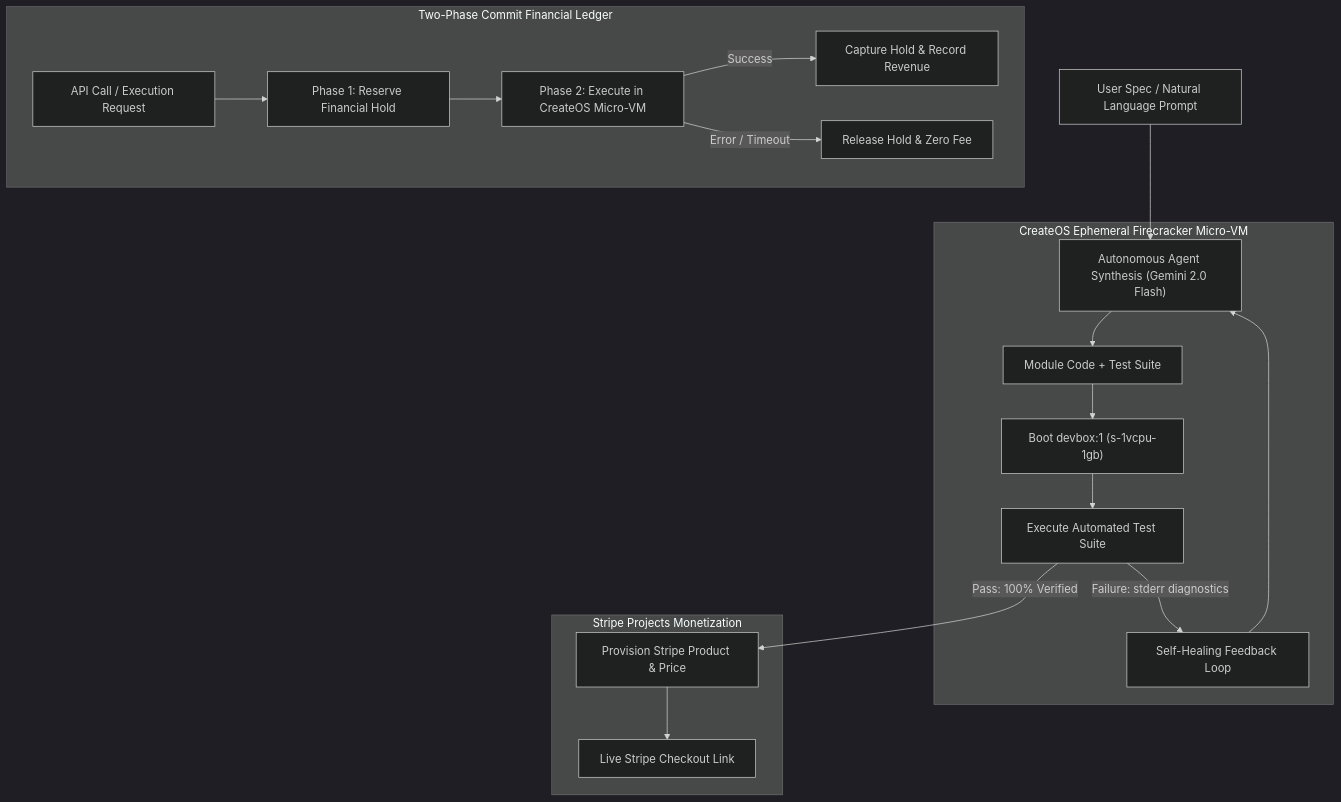
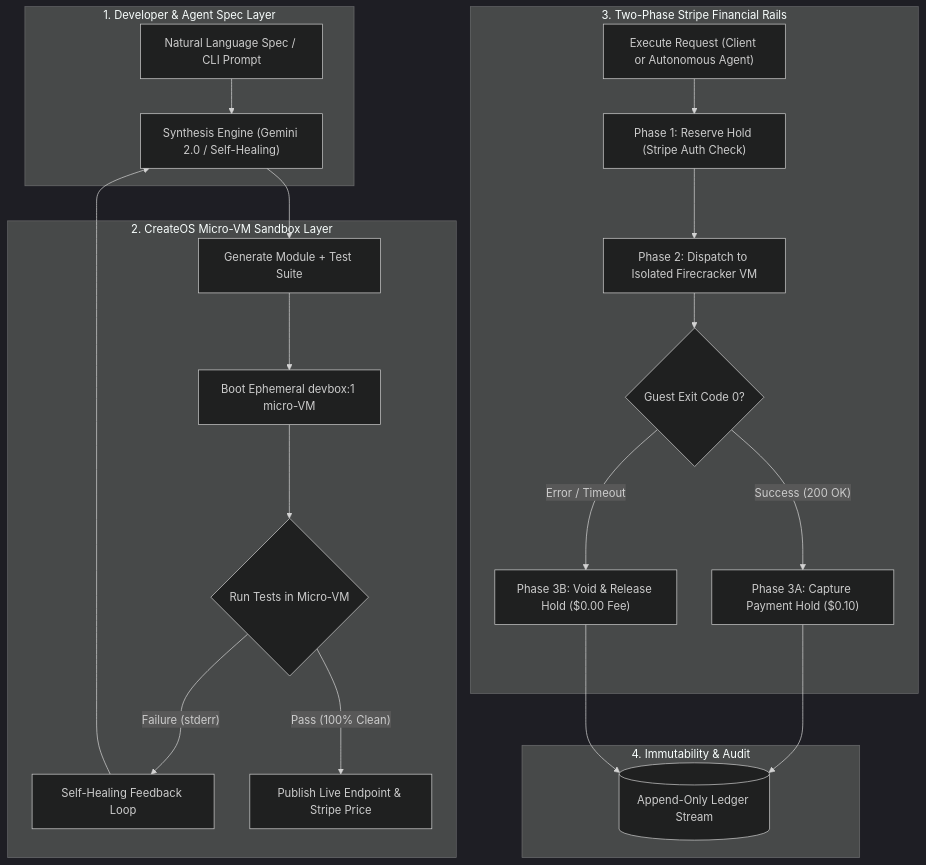
One commit to southenempire/southen-microforge changed the diagram in README.md. Above: the diagram before and after it, drawn with Mermaid (dark theme). The commit also changed other lines of this file and 7 other files, not shown here.

Commit message:
feat(hackathon): complete full app test suite, Privy social auth, dynamic docs switcher, and hackathon compliance documentation

````diff
--- a/README.md
+++ b/README.md
@@ -29,24 +46,28 @@
 ```mermaid
 flowchart TD
-    User["User Spec / Natural Language Prompt"] --> Agent["Autonomous Agent Synthesis (Gemini 2.0 Flash)"]
-    
-    subgraph Sandbox["CreateOS Ephemeral Firecracker Micro-VM"]
-        Agent --> CodeGen["Module Code + Test Suite"]
-        CodeGen --> VM["Boot devbox:1 (s-1vcpu-1gb)"]
-        VM --> RunTests["Execute Automated Test Suite"]
-        RunTests -->|Failure: stderr diagnostics| SelfHeal["Self-Healing Feedback Loop"]
-        SelfHeal --> Agent
+    subgraph Spec["1. Developer & Agent Spec Layer"]
+        A["Natural Language Spec / CLI Prompt"] --> B["Synthesis Engine (Gemini 2.0 / Self-Healing)"]
     end
-    
-    subgraph StripeRail["Stripe Projects Monetization"]
-        RunTests -->|Pass: 100% Verified| Provision["Provision Stripe Product & Price"]
-        Provision --> PaymentLink["Live Stripe Checkout Link"]
+
+    subgraph Sandbox["2. CreateOS Micro-VM Sandbox Layer"]
+        B --> C["Generate Module + Test Suite"]
+        C --> D["Boot Ephemeral devbox:1 micro-VM"]
+        D --> E{"Run Tests in Micro-VM"}
+        E -- "Failure (stderr)" --> F["Self-Healing Feedback Loop"]
+        F --> B
+        E -- "Pass (100% Clean)" --> G["Publish Live Endpoint & Stripe Price"]
     end
-    
-    subgraph Execution["Two-Phase Commit Financial Ledger"]
-        ExecReq["API Call / Execution Request"] --> Step1["Phase 1: Reserve Financial Hold"]
-        Step1 --> Step2["Phase 2: Execute in CreateOS Micro-VM"]
-        Step2 -->|Success| Step3["Capture Hold & Record Revenue"]
-        Step2 -->|Error / Timeout| Step4["Release Hold & Zero Fee"]
+
+    subgraph TwoPhase["3. Two-Phase Stripe Financial Rails"]
+        H["Execute Request (Client or Autonomous Agent)"] --> I["Phase 1: Reserve Hold (Stripe Auth Check)"]
+        I --> J["Phase 2: Dispatch to Isolated Firecracker VM"]
+        J --> K{"Guest Exit Code 0?"}
+        K -- "Success (200 OK)" --> L["Phase 3A: Capture Payment Hold ($0.10)"]
+        K -- "Error / Timeout" --> M["Phase 3B: Void & Release Hold ($0.00 Fee)"]
+    end
+
+    subgraph Ledger["4. Immutability & Audit"]
+        L --> N[("Append-Only Ledger Stream")]
+        M --> N
     end
 ```
````
